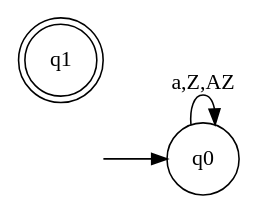
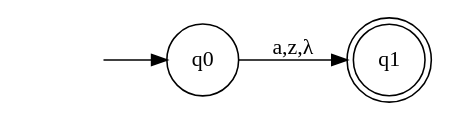
Before and after one commit to ayeshowcode/PDAtoCFG: the diagram in pda_tmp.gv, drawn with Graphviz. The commit also changed 3 other files, not shown here.

```diff
--- a/pda_tmp.gv
+++ b/pda_tmp.gv
@@ -1,12 +1,12 @@
 digraph pda_machine {
 	rankdir=LR size="8,5"
 	node [shape=plaintext]
 	" "
 	node [shape=circle]
 	q0
 	" " -> q0 [label=" "]
 	node [shape=doublecircle]
 	q1
 	node [shape=circle]
-	q0 -> q0 [label="a,Z,AZ"]
+	q0 -> q1 [label="a,z,λ"]
 }
```
